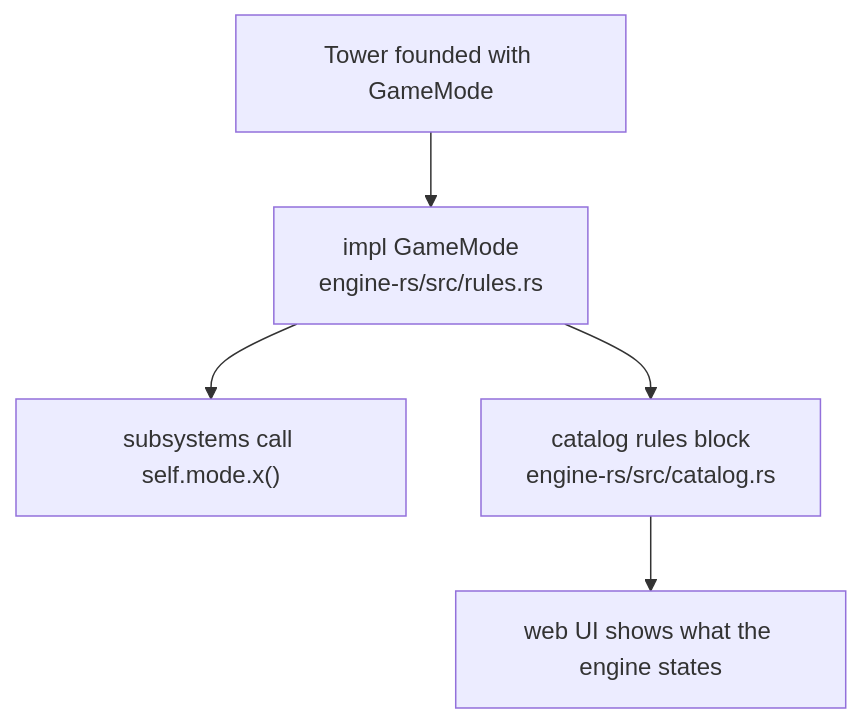
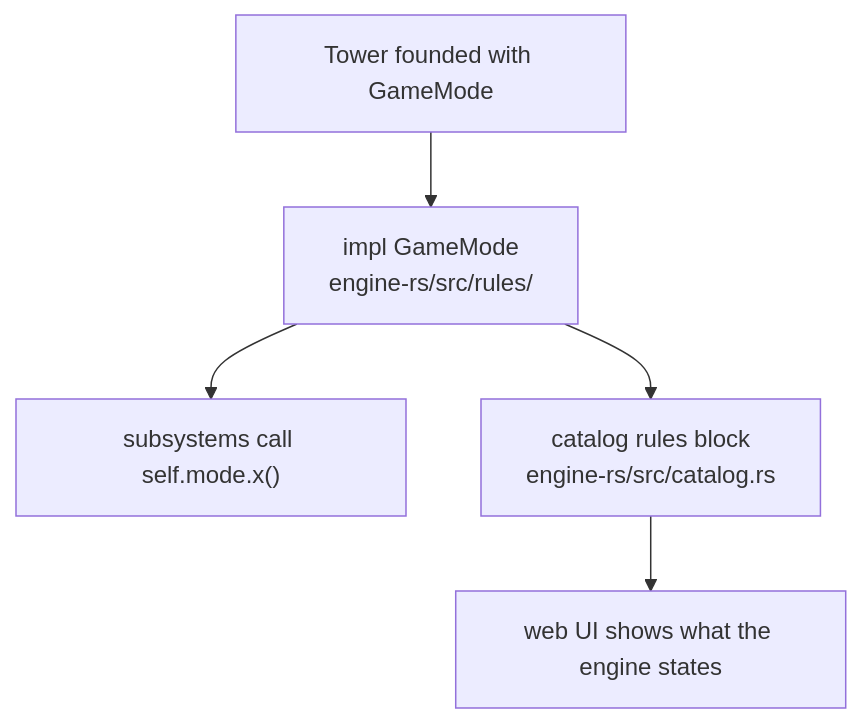
Before and after one commit to maniator/verticopolis: the fourth of 7 diagrams in ARCHITECTURE.md, drawn with Mermaid. The commit also changed other lines of this file and 19 other files, not shown here.

First line of the commit message:
Split the mode rules into one file per domain

````diff
--- a/ARCHITECTURE.md
+++ b/ARCHITECTURE.md
@@ -214,7 +215,7 @@
 ```mermaid
 flowchart TD
-    Found["Tower founded with GameMode"] --> Rules["impl GameMode<br/>engine-rs/src/rules.rs"]
+    Found["Tower founded with GameMode"] --> Rules["impl GameMode<br/>engine-rs/src/rules/"]
     Rules --> Sim["subsystems call self.mode.x()"]
     Rules --> Catalog["catalog rules block<br/>engine-rs/src/catalog.rs"]
     Catalog --> UI["web UI shows what the engine states"]
 ```
````
